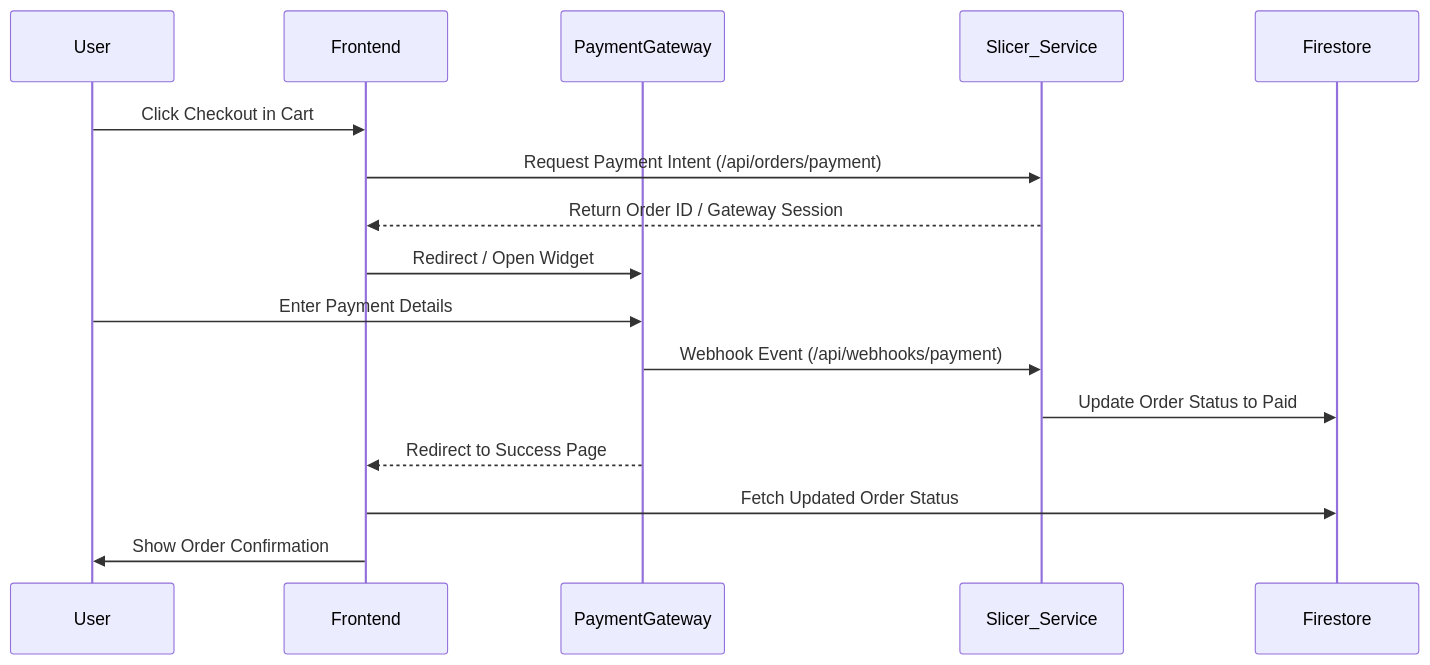
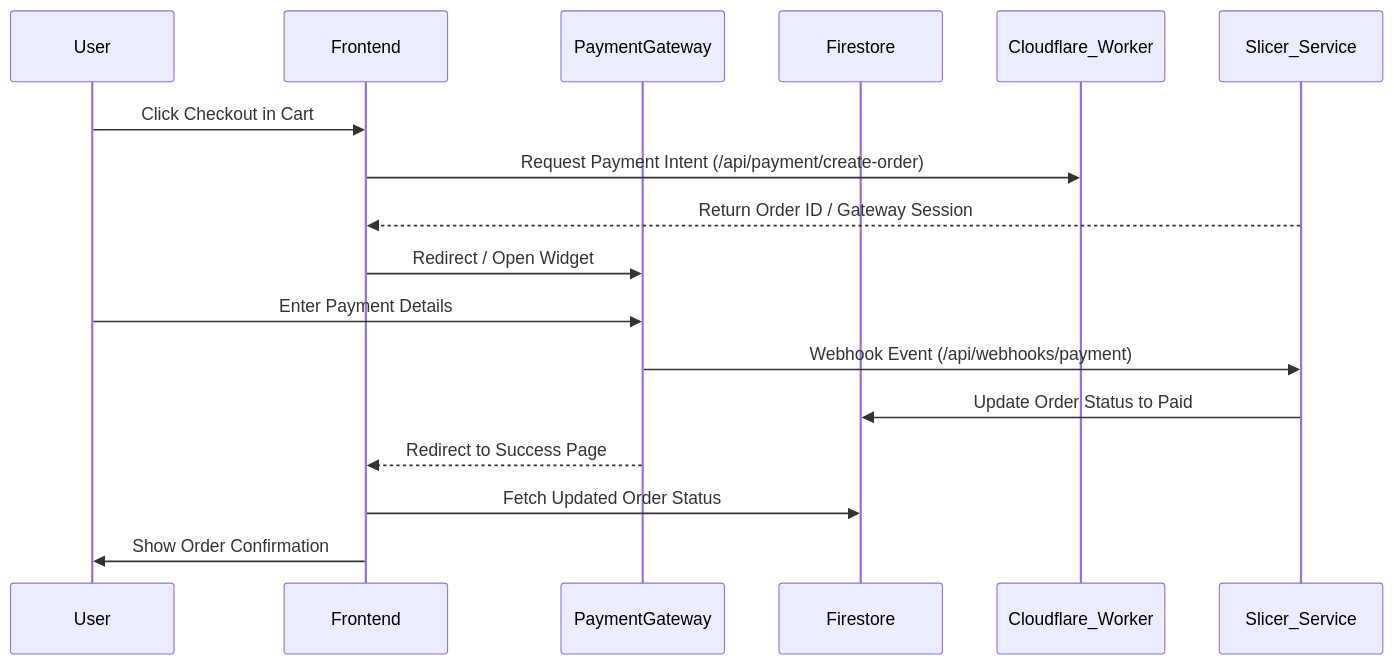
Before and after one commit to RatanabhSharma/Shilpsahayak: the second of 2 diagrams in docs/DATA_FLOW.md, drawn with Mermaid. The commit also changed other lines of this file and 167 other files, not shown here.

````diff
--- a/docs/DATA_FLOW.md
+++ b/docs/DATA_FLOW.md
@@ -31,19 +23,19 @@
 ```mermaid
 sequenceDiagram
     participant User
     participant Frontend
     participant PaymentGateway
-    participant Slicer_Service
+    %% participant Slicer_Service (Archived)
     participant Firestore
     
     User->>Frontend: Click Checkout in Cart
-    Frontend->>Slicer_Service: Request Payment Intent (/api/orders/payment)
+    Frontend->>Cloudflare_Worker: Request Payment Intent (/api/payment/create-order)
     Slicer_Service-->>Frontend: Return Order ID / Gateway Session
     Frontend->>PaymentGateway: Redirect / Open Widget
     User->>PaymentGateway: Enter Payment Details
     PaymentGateway->>Slicer_Service: Webhook Event (/api/webhooks/payment)
     Slicer_Service->>Firestore: Update Order Status to Paid
     PaymentGateway-->>Frontend: Redirect to Success Page
     Frontend->>Firestore: Fetch Updated Order Status
     Frontend->>User: Show Order Confirmation
 ```
````
